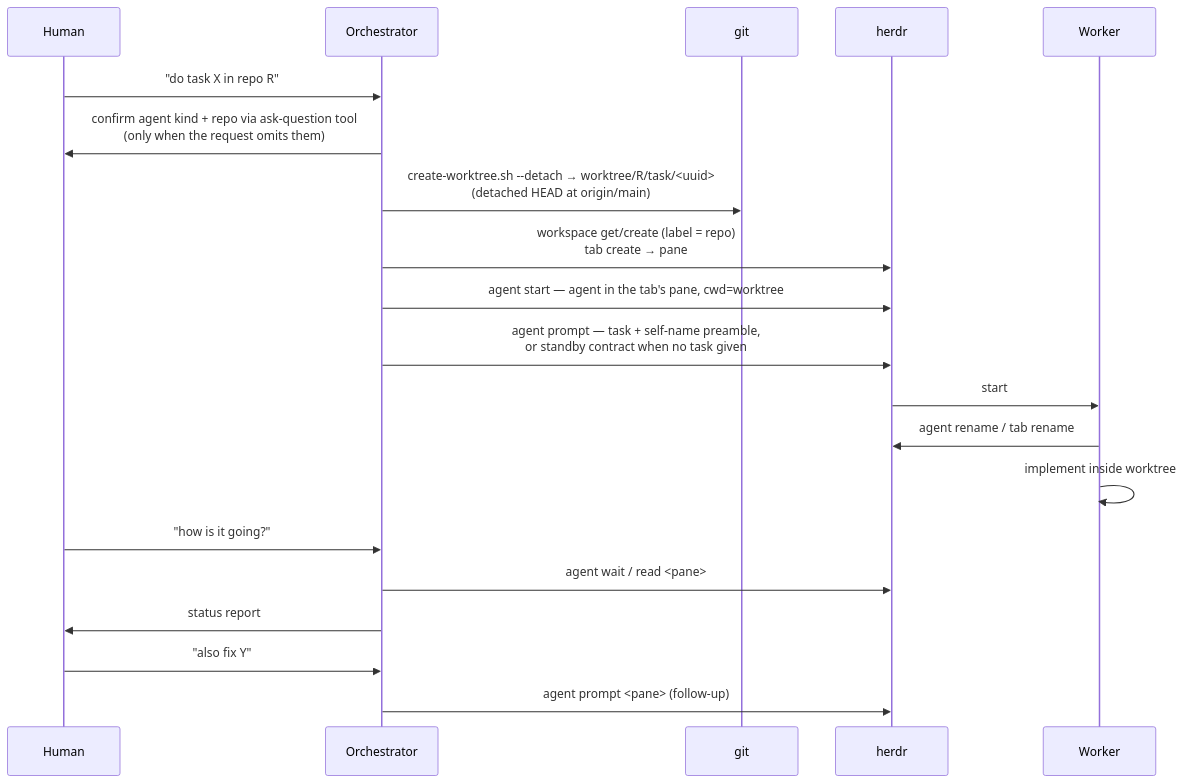
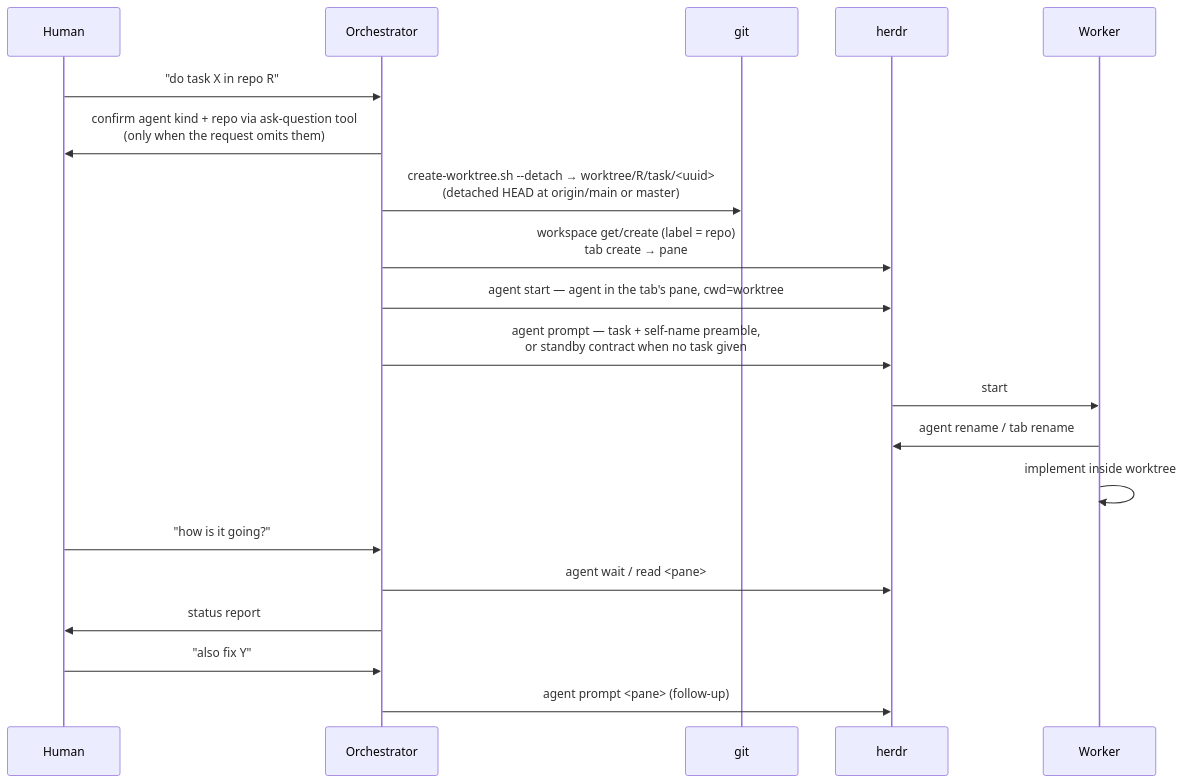
Before and after one commit to Nyarducks/herdr-worktree: the first of 2 diagrams in docs/design/orchestration.md, drawn with Mermaid. The commit also changed other lines of this file and 14 other files, not shown here.

First line of the commit message:
fix: start worktrees from main or master; treat done as finished

````diff
--- a/docs/design/orchestration.md
+++ b/docs/design/orchestration.md
@@ -21,23 +21,23 @@
 ```mermaid
 sequenceDiagram
     participant H as Human
     participant O as Orchestrator
     participant G as git
     participant R as herdr
     participant W as Worker
 
     H->>O: "do task X in repo R"
     O->>H: confirm agent kind + repo via ask-question tool<br/>(only when the request omits them)
-    O->>G: create-worktree.sh --detach → worktree/R/task/<uuid><br/>(detached HEAD at origin/main)
+    O->>G: create-worktree.sh --detach → worktree/R/task/<uuid><br/>(detached HEAD at origin/main or master)
     O->>R: workspace get/create (label = repo)<br/>tab create → pane
     O->>R: agent start — agent in the tab's pane, cwd=worktree
     O->>R: agent prompt — task + self-name preamble,<br/>or standby contract when no task given
     R->>W: start
     W->>R: agent rename / tab rename
     W->>W: implement inside worktree
     H->>O: "how is it going?"
     O->>R: agent wait / read <pane>
     O->>H: status report
     H->>O: "also fix Y"
     O->>R: agent prompt <pane> (follow-up)
 ```
````
